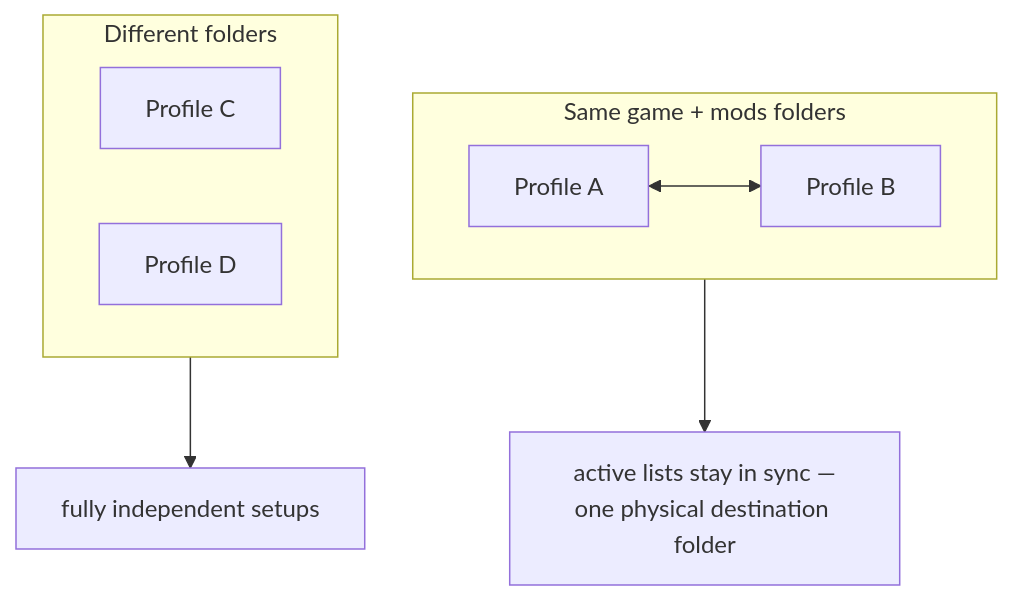
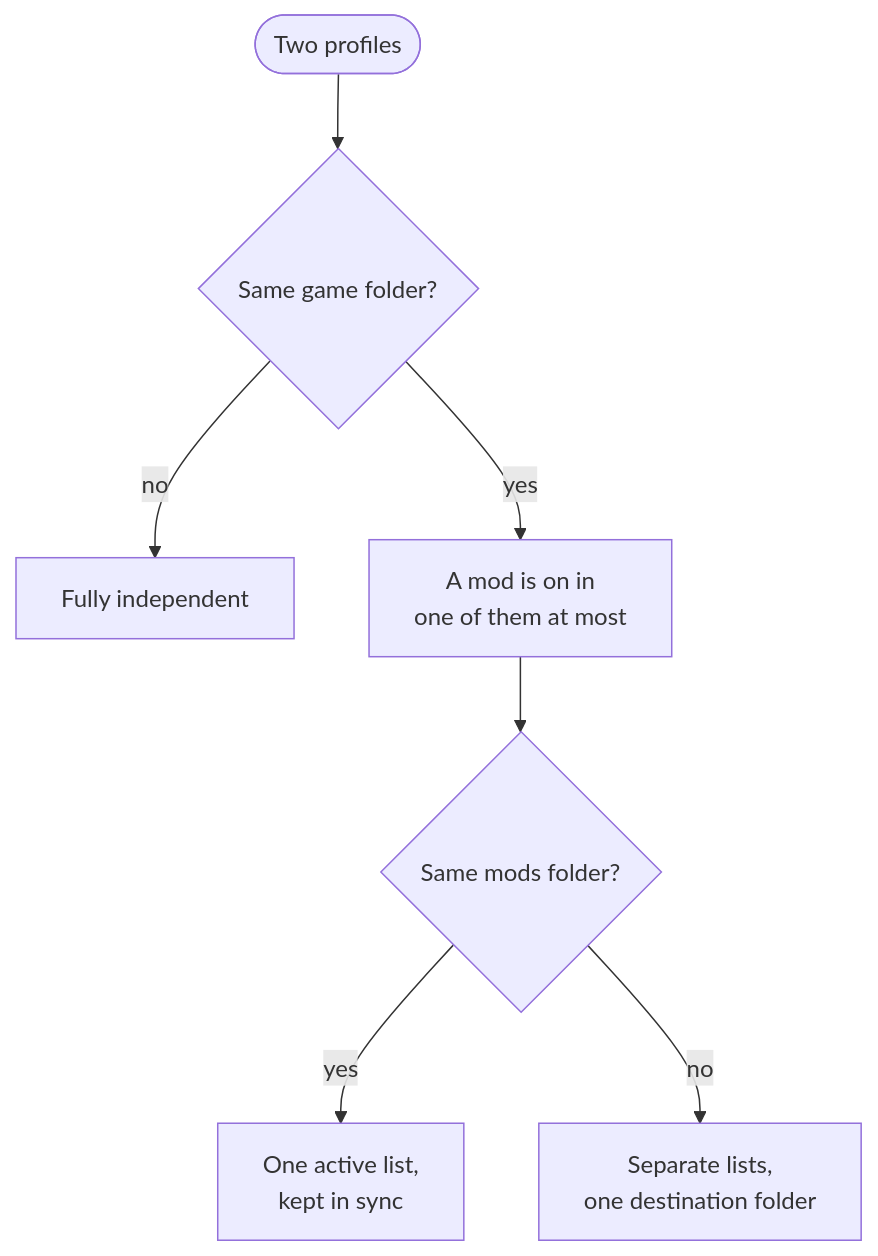
One commit to FreeProject089/BetterModsManager changed the second of 3 diagrams in frontend/assets/docs/en/how-it-works/profiles-activation.md. Above: the diagram before and after it, drawn with Mermaid. The commit also changed other lines of this file and 176 other files, not shown here.

````diff
--- a/frontend/assets/docs/en/how-it-works/profiles-activation.md
+++ b/frontend/assets/docs/en/how-it-works/profiles-activation.md
@@ -58,12 +66,9 @@
 ```mermaid
-flowchart TB
-    subgraph Same["Same game + mods folders"]
-        P1["Profile A"] <--> P2["Profile B"]
-    end
-    subgraph Sep["Different folders"]
-        P3["Profile C"]
-        P4["Profile D"]
-    end
-    Same --> NOTE["active lists stay in sync —<br/>one physical destination folder"]
-    Sep --> NOTE2["fully independent setups"]
+flowchart TD
+    PAIR(["Two profiles"]) --> SG{"Same game folder?"}
+    SG -- "no" --> IND["Fully independent"]
+    SG -- "yes" --> ONE["A mod is on in<br/>one of them at most"]
+    ONE --> SM{"Same mods folder?"}
+    SM -- "yes" --> SYNC["One active list,<br/>kept in sync"]
+    SM -- "no" --> SEP["Separate lists,<br/>one destination folder"]
 ```
````
